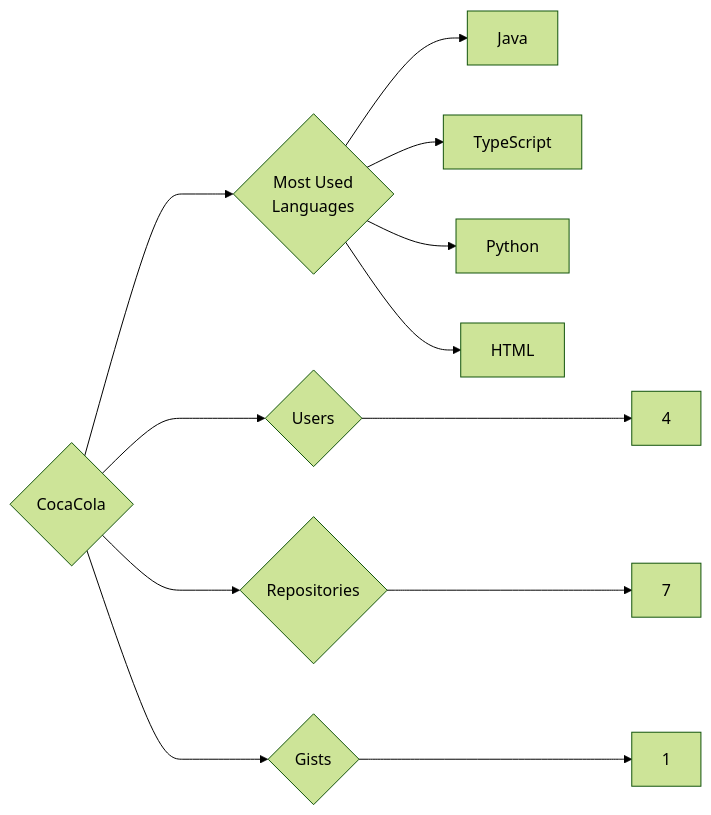
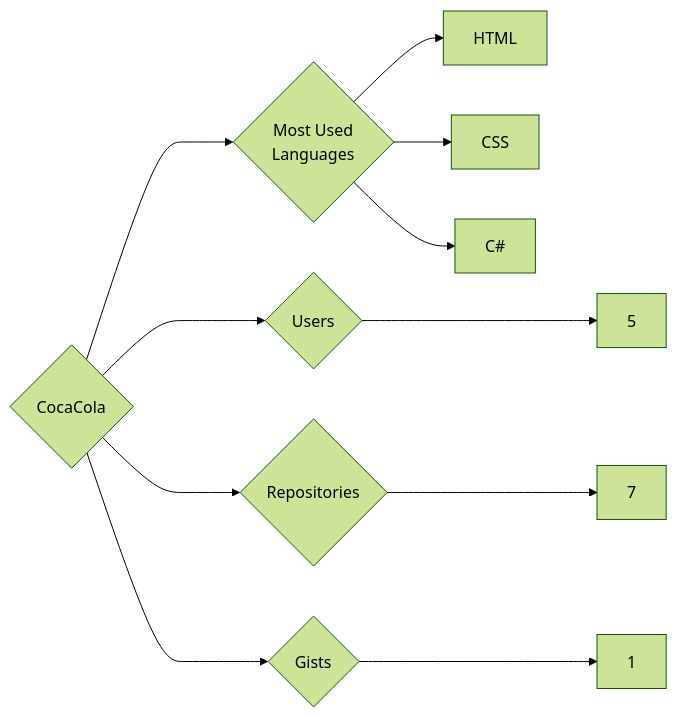
One commit to trickest/insiders changed the diagram in targets/CocaCola/README.md. Above: the diagram before and after it, drawn with Mermaid (forest theme). The commit also changed 985 other files, not shown here.

````diff
--- a/targets/CocaCola/README.md
+++ b/targets/CocaCola/README.md
@@ -3,12 +3,11 @@
 ```mermaid
 graph LR
 COMPANY_NAME{CocaCola}
-COMPANY_NAME ---> U{Users} ---> UN[4]
+COMPANY_NAME ---> U{Users} ---> UN[5]
 COMPANY_NAME ---> R{Repositories} ---> RN[7]
 COMPANY_NAME ---> G{Gists} ---> GN[1]
 COMPANY_NAME ---> ML{Most Used<br>Languages}
-ML --> Java[Java]
-ML --> TypeScript[TypeScript]
-ML --> Python[Python]
 ML --> HTML[HTML]
+ML --> CSS[CSS]
+ML --> C#[C#]
 ```
````
